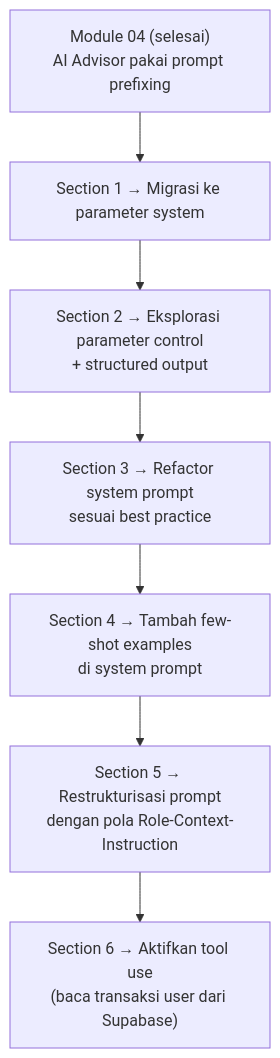
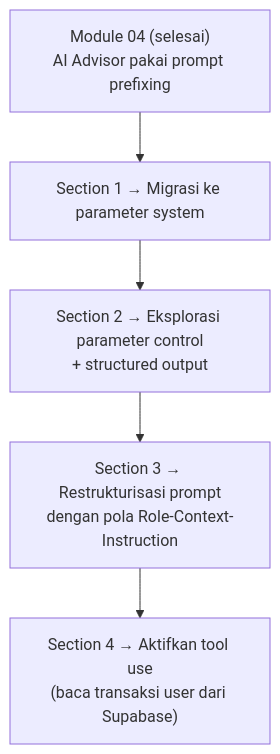
Before and after one commit to githubna-ilham/AI_Claude: the second of 6 diagrams in Day 3 - Prompt Engineering/Module-05-Prompt-Engineering/materi.md, drawn with Mermaid. The commit also changed other lines of this file and 7 other files, not shown here.

First line of the commit message:
docs(day-3/module-05): hapus Section 3 (Prompt Guides) + Section 4 (Few-shot), renumber sisanya

````diff
--- a/Day 3 - Prompt Engineering/Module-05-Prompt-Engineering/materi.md
+++ b/Day 3 - Prompt Engineering/Module-05-Prompt-Engineering/materi.md
@@ -54,12 +50,10 @@
 ```mermaid
 flowchart TD
     M4["Module 04 (selesai)<br/>AI Advisor pakai prompt prefixing"]
     A1["Section 1 → Migrasi ke parameter system"]
     A2["Section 2 → Eksplorasi parameter control<br/>+ structured output"]
-    A3["Section 3 → Refactor system prompt<br/>sesuai best practice"]
-    A4["Section 4 → Tambah few-shot examples<br/>di system prompt"]
-    A5["Section 5 → Restrukturisasi prompt<br/>dengan pola Role-Context-Instruction"]
-    A6["Section 6 → Aktifkan tool use<br/>(baca transaksi user dari Supabase)"]
+    A3["Section 3 → Restrukturisasi prompt<br/>dengan pola Role-Context-Instruction"]
+    A4["Section 4 → Aktifkan tool use<br/>(baca transaksi user dari Supabase)"]
 
-    M4 --> A1 --> A2 --> A3 --> A4 --> A5 --> A6
+    M4 --> A1 --> A2 --> A3 --> A4
 ```
````
